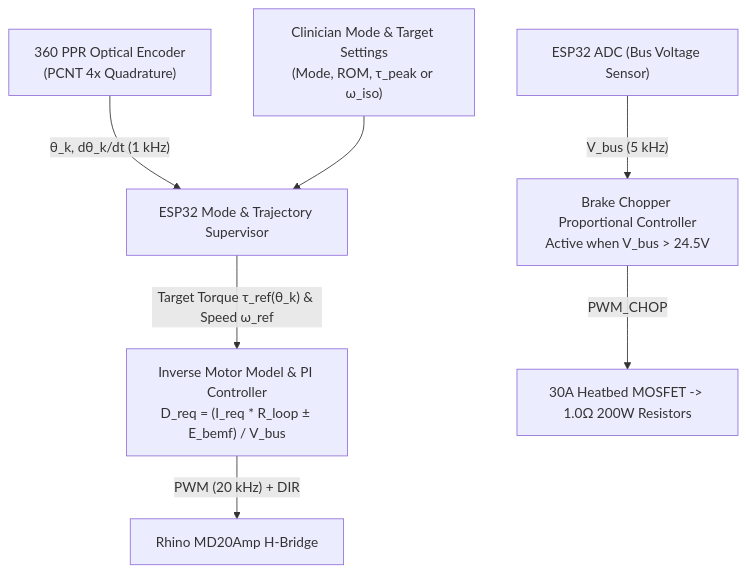
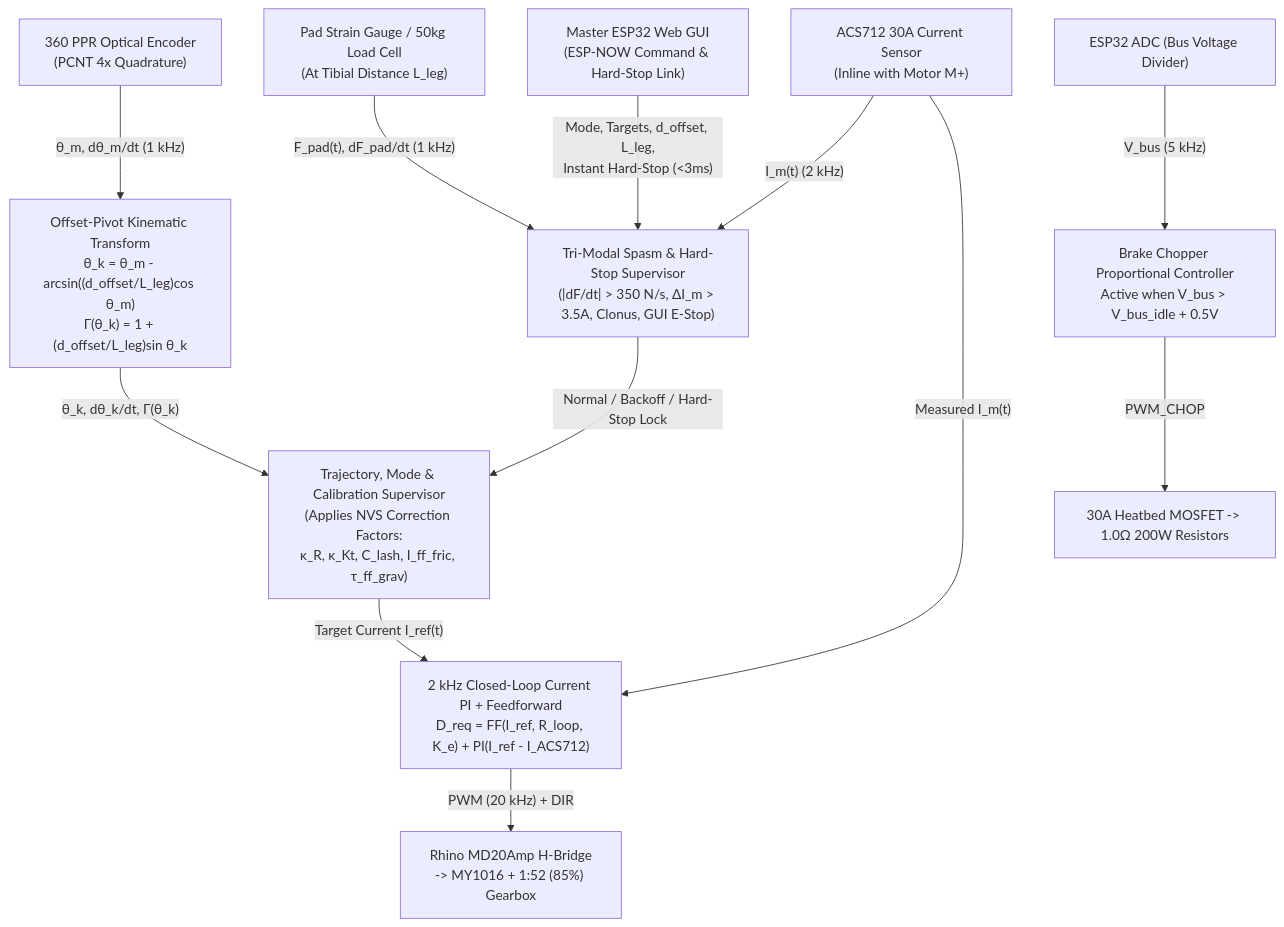
Before and after one commit to Kanishk-Goel-19/DP_DULLA: the sixth of 6 diagrams in README.md, drawn with Mermaid. The commit also changed other lines of this file and 1 other file, not shown here.

````diff
--- a/README.md
+++ b/README.md
@@ -390,10 +573,18 @@
 ```mermaid
 flowchart TD
-    ENC["360 PPR Optical Encoder\n(PCNT 4x Quadrature)"] -->|"θ_k, dθ_k/dt (1 kHz)"| CTRL["ESP32 Mode & Trajectory Supervisor"]
-    UI["Clinician Mode & Target Settings\n(Mode, ROM, τ_peak or ω_iso)"] --> CTRL
-    CTRL -->|"Target Torque τ_ref(θ_k) & Speed ω_ref"| LAW["Inverse Motor Model & PI Controller\nD_req = (I_req * R_loop ± E_bemf) / V_bus"]
-    LAW -->|"PWM (20 kHz) + DIR"| DRV["Rhino MD20Amp H-Bridge"]
+    ENC["360 PPR Optical Encoder\n(PCNT 4x Quadrature)"] -->|"θ_m, dθ_m/dt (1 kHz)"| KIN["Offset-Pivot Kinematic Transform\nθ_k = θ_m - arcsin((d_offset/L_leg)cos θ_m)\nΓ(θ_k) = 1 + (d_offset/L_leg)sin θ_k"]
     
-    ADC["ESP32 ADC (Bus Voltage Sensor)"] -->|"V_bus (5 kHz)"| CHOP["Brake Chopper Proportional Controller\nActive when V_bus > 24.5V"]
+    SG["Pad Strain Gauge / 50kg Load Cell\n(At Tibial Distance L_leg)"] -->|"F_pad(t), dF_pad/dt (1 kHz)"| SPASM["Tri-Modal Spasm & Hard-Stop Supervisor\n(|dF/dt| > 350 N/s, ΔI_m > 3.5A, Clonus, GUI E-Stop)"]
+    ACS["ACS712 30A Current Sensor\n(Inline with Motor M+)"] -->|"I_m(t) (2 kHz)"| SPASM
+    GUI["Master ESP32 Web GUI\n(ESP-NOW Command & Hard-Stop Link)"] -->|"Mode, Targets, d_offset, L_leg,\nInstant Hard-Stop (<3ms)"| SPASM
+
+    KIN -->|"θ_k, dθ_k/dt, Γ(θ_k)"| CTRL["Trajectory, Mode & Calibration Supervisor\n(Applies NVS Correction Factors:\nκ_R, κ_Kt, C_lash, I_ff_fric, τ_ff_grav)"]
+    SPASM -->|"Normal / Backoff / Hard-Stop Lock"| CTRL
+    
+    CTRL -->|"Target Current I_ref(t)"| PI_I["2 kHz Closed-Loop Current PI + Feedforward\nD_req = FF(I_ref, R_loop, K_e) + PI(I_ref - I_ACS712)"]
+    ACS -->|"Measured I_m(t)"| PI_I
+    PI_I -->|"PWM (20 kHz) + DIR"| DRV["Rhino MD20Amp H-Bridge\n-> MY1016 + 1:52 (85%) Gearbox"]
+    
+    ADC["ESP32 ADC (Bus Voltage Divider)"] -->|"V_bus (5 kHz)"| CHOP["Brake Chopper Proportional Controller\nActive when V_bus > V_bus_idle + 0.5V"]
     CHOP -->|"PWM_CHOP"| MOS["30A Heatbed MOSFET -> 1.0Ω 200W Resistors"]
 ```
````
